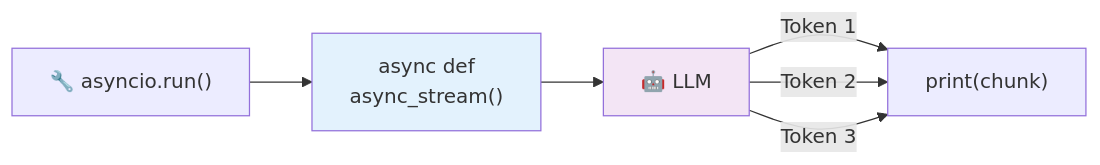
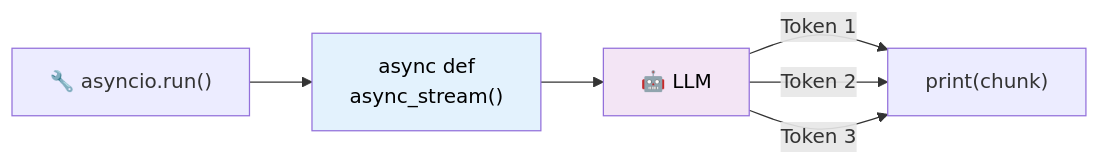
The second of 3 diagrams in 17_streaming_async/README.md (remolaan/Agentic-AI-Cookbook), drawn with Mermaid before and after one commit. The commit also changed other lines of this file and 45 other files, not shown here.

Commit message:
Fix Mermaid diagram text colors for readability across all READMEs

````diff
--- a/17_streaming_async/README.md
+++ b/17_streaming_async/README.md
@@ -80,11 +80,11 @@
 ```mermaid
 flowchart LR
     A["🔧 asyncio.run()"] --> AS["async def<br/>async_stream()"]
     AS --> L["🤖 LLM"]
     L -->|"Token 1"| P["print(chunk)"]
     L -->|"Token 2"| P
     L -->|"Token 3"| P
     
-    style AS fill:#e3f2fd
-    style L fill:#f3e5f5
+    style AS fill:#e3f2fd,color:#000000
+    style L fill:#f3e5f5,color:#000000
 ```
````
